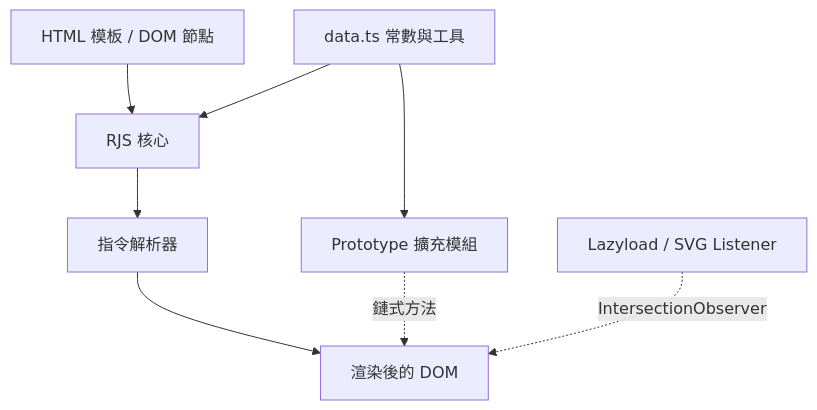
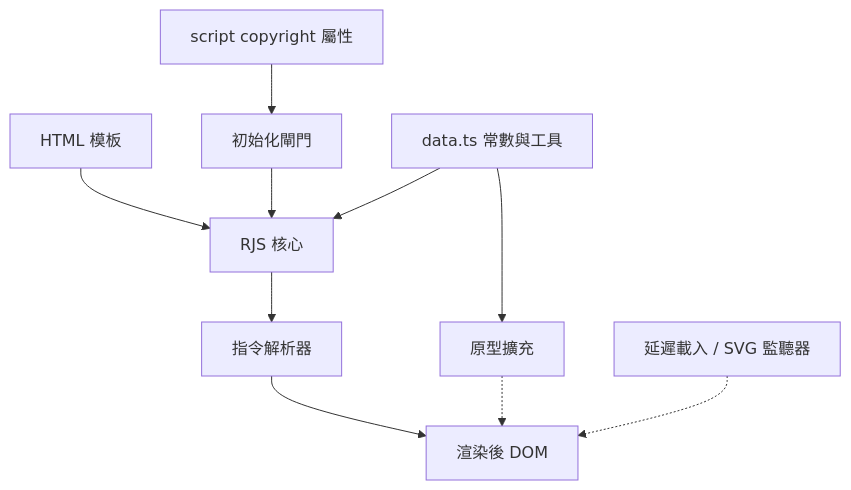
One commit to pardnio/RenderJS changed the first of 7 diagrams in doc/architecture.zh.md. Above: the diagram before and after it, drawn with Mermaid. The commit also changed other lines of this file and 8 other files, not shown here.

````diff
--- a/doc/architecture.zh.md
+++ b/doc/architecture.zh.md
@@ -7,10 +7,12 @@
 ```mermaid
 graph TB
-    A[HTML 模板 / DOM 節點] --> B[RJS 核心]
-    B --> C[指令解析器]
-    C --> D[渲染後的 DOM]
-    E[Prototype 擴充模組] -.鏈式方法.-> D
-    F[Lazyload / SVG Listener] -.IntersectionObserver.-> D
-    G[data.ts 常數與工具] --> B
-    G --> E
+    S["script copyright 屬性"] --> G[初始化閘門]
+    T[HTML 模板] --> R[RJS 核心]
+    G --> R
+    R --> D[指令解析器]
+    D --> O[渲染後 DOM]
+    P[原型擴充] -.-> O
+    L[延遲載入 / SVG 監聽器] -.-> O
+    C[data.ts 常數與工具] --> R
+    C --> P
 ```
````
